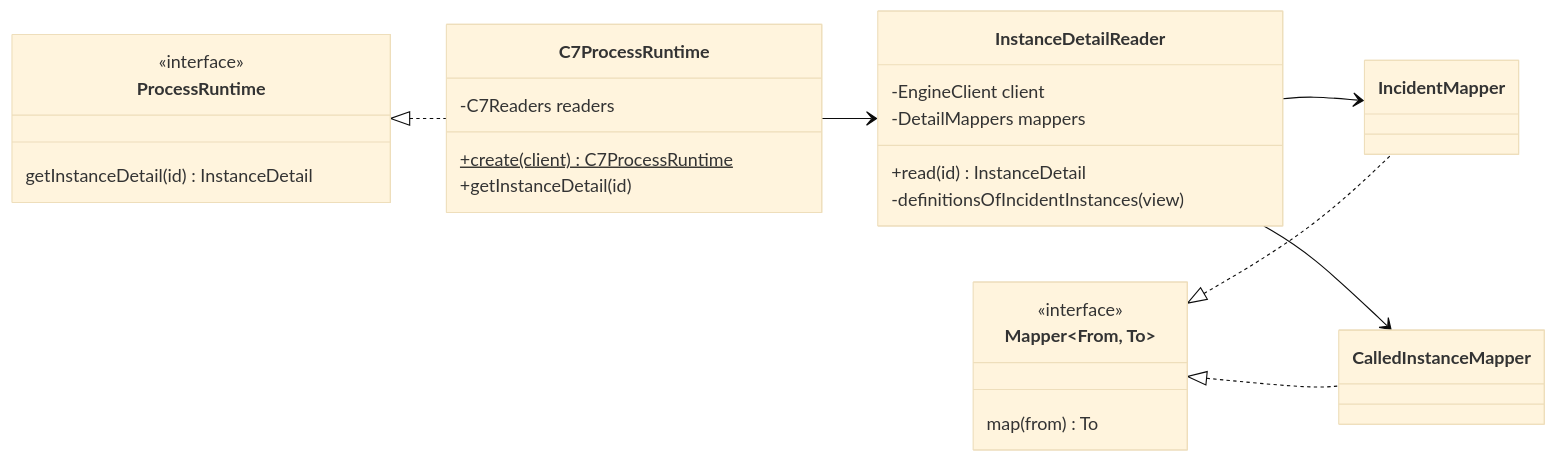
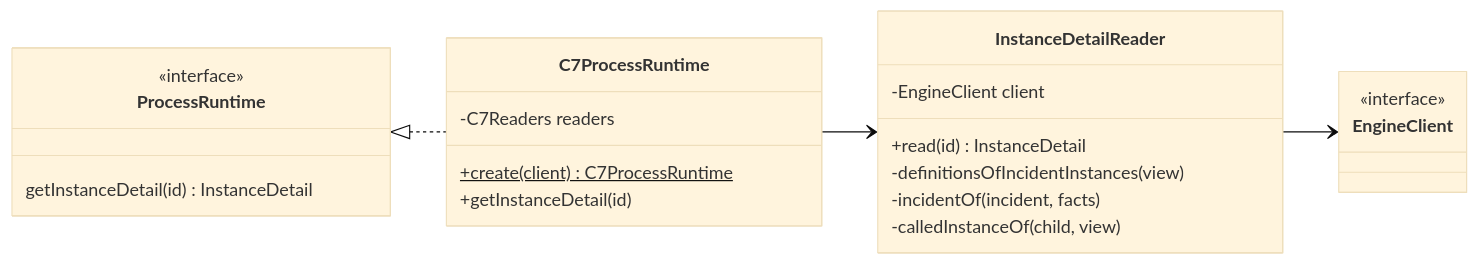
Before and after one commit to Miragon/pulse: the diagram in apps/vscode/docs/adr/code-structure.md, drawn with Mermaid (base theme). The commit also changed other lines of this file and 268 other files, not shown here.

````diff
--- a/apps/vscode/docs/adr/code-structure.md
+++ b/apps/vscode/docs/adr/code-structure.md
@@ -69,31 +70,26 @@
 ```mermaid
 classDiagram
   direction LR
   class ProcessRuntime {
     <<interface>>
     getInstanceDetail(id) InstanceDetail
   }
   class C7ProcessRuntime {
     -C7Readers readers
     +create(client)$ C7ProcessRuntime
     +getInstanceDetail(id)
   }
   class InstanceDetailReader {
     -EngineClient client
-    -DetailMappers mappers
     +read(id) InstanceDetail
     -definitionsOfIncidentInstances(view)
+    -incidentOf(incident, facts)
+    -calledInstanceOf(child, view)
   }
-  class Mapper~From, To~ {
+  class EngineClient {
     <<interface>>
-    map(from) To
   }
-  class IncidentMapper
-  class CalledInstanceMapper
   ProcessRuntime <|.. C7ProcessRuntime
   C7ProcessRuntime --> InstanceDetailReader
-  InstanceDetailReader --> IncidentMapper
-  InstanceDetailReader --> CalledInstanceMapper
-  Mapper <|.. IncidentMapper
-  Mapper <|.. CalledInstanceMapper
+  InstanceDetailReader --> EngineClient
 ```
````
